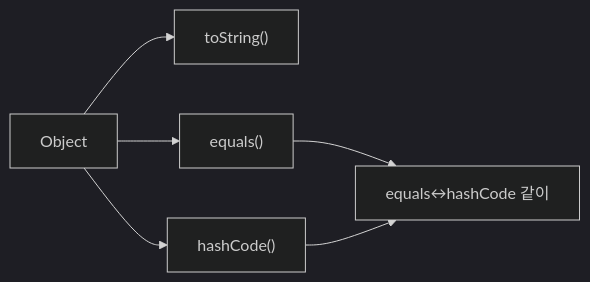
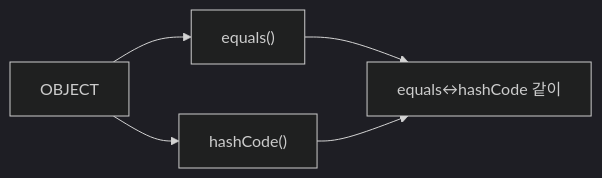
One commit to yjkim2015/yjkim2015.github.io changed the sixth of 6 diagrams in _posts/java/2026-05-01-java-object-class.md. Above: the diagram before and after it, drawn with Mermaid (dark theme). The commit also changed other lines of this file and 149 other files, not shown here.

First line of the commit message:
Mermaid 가독성 개선: 라벨 축약, 노드 축소, TD→LR 변환

````diff
--- a/_posts/java/2026-05-01-java-object-class.md
+++ b/_posts/java/2026-05-01-java-object-class.md
@@ -690,8 +687,7 @@
 ```mermaid
 graph LR
-    OBJECT["Object"] --> TOSTRING["toString()"]
     OBJECT --> EQUALS["equals()"]
     OBJECT --> HASHCODE["hashCode()"]
     EQUALS --> GOLDEN["equals↔hashCode 같이"]
     HASHCODE --> GOLDEN
 ```
````
